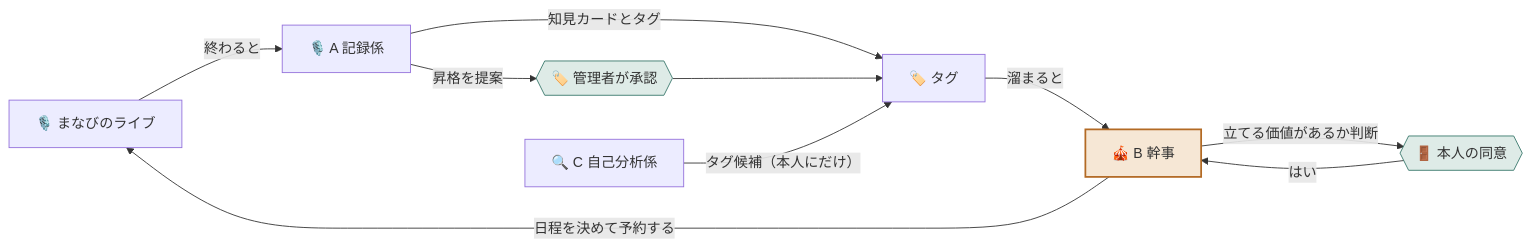
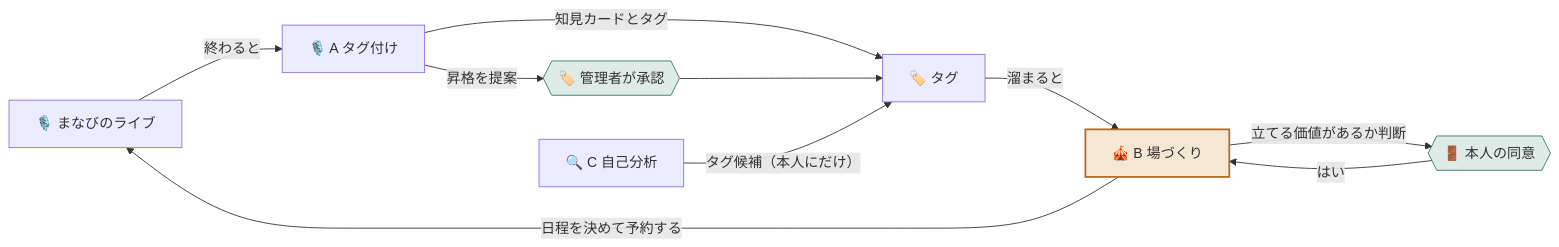
The diagram in README.md (Komuro-524/manabi-no-wa), drawn with Mermaid before and after one commit. The commit also changed other lines of this file and 3 other files, not shown here.

````diff
--- a/README.md
+++ b/README.md
@@ -53,24 +53,24 @@
 ```mermaid
 flowchart LR
   L["🎙️ まなびのライブ"]
-  A["🎙️ A 記録係"]
+  A["🎙️ A タグ付け"]
   T["🏷️ タグ"]
-  B["🎪 B 幹事"]
-  C["🔍 C 自己分析係"]
+  B["🎪 B 場づくり"]
+  C["🔍 C 自己分析"]
   G1{{"🚪 本人の同意"}}
   G2{{"🏷️ 管理者が承認"}}
 
   L -- "終わると" --> A
   A -- "知見カードとタグ" --> T
   A -- "昇格を提案" --> G2
   G2 --> T
   T -- "溜まると" --> B
   B -- "立てる価値があるか判断" --> G1
   G1 -- "はい" --> B
   B -- "日程を決めて予約する" --> L
   C -- "タグ候補（本人にだけ）" --> T
 
   style B fill:#F6E7D5,stroke:#B36A24,stroke-width:2px
   style G1 fill:#DEEBE7,stroke:#37776A
   style G2 fill:#DEEBE7,stroke:#37776A
 ```
````
